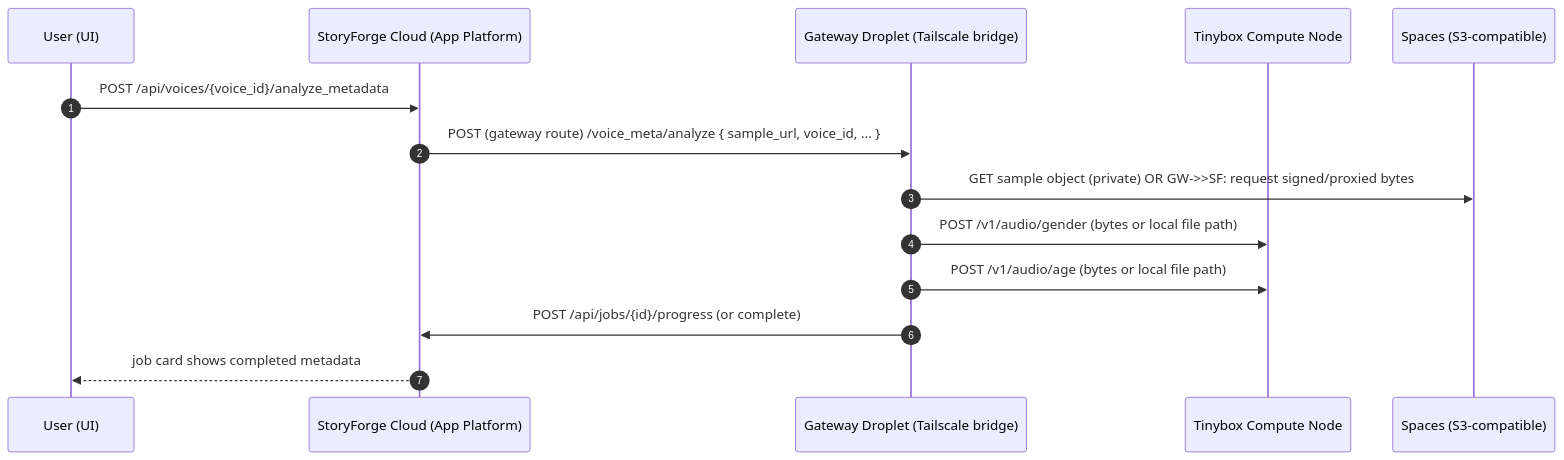
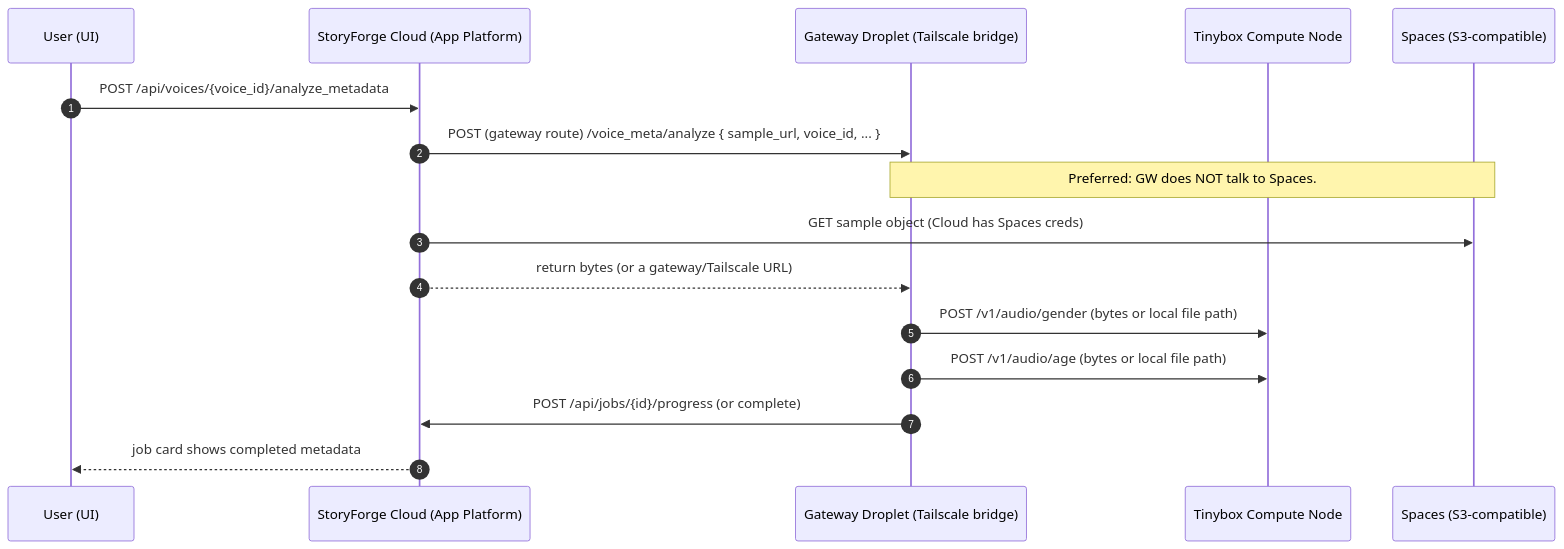
Before and after one commit to I0Q/storyforge: the first of 3 diagrams in docs/infra.md, drawn with Mermaid. The commit also changed other lines of this file, not shown here.

Commit message:
docs: remove gateway->spaces from sequences; prefer cloud->spaces

````diff
--- a/docs/infra.md
+++ b/docs/infra.md
@@ -52,17 +52,19 @@
 ```mermaid
 sequenceDiagram
   autonumber
   participant U as User (UI)
   participant SF as StoryForge Cloud (App Platform)
   participant GW as Gateway Droplet (Tailscale bridge)
   participant TB as Tinybox Compute Node
   participant SP as Spaces (S3-compatible)
 
   U->>SF: POST /api/voices/{voice_id}/analyze_metadata
   SF->>GW: POST (gateway route) /voice_meta/analyze { sample_url, voice_id, ... }
-  GW->>SP: GET sample object (private) OR GW->>SF: request signed/proxied bytes
+  Note over GW,SP: Preferred: GW does NOT talk to Spaces.
+  SF->>SP: GET sample object (Cloud has Spaces creds)
+  SF-->>GW: return bytes (or a gateway/Tailscale URL)
   GW->>TB: POST /v1/audio/gender (bytes or local file path)
   GW->>TB: POST /v1/audio/age (bytes or local file path)
   GW->>SF: POST /api/jobs/{id}/progress (or complete)
   SF-->>U: job card shows completed metadata
 ```
````
